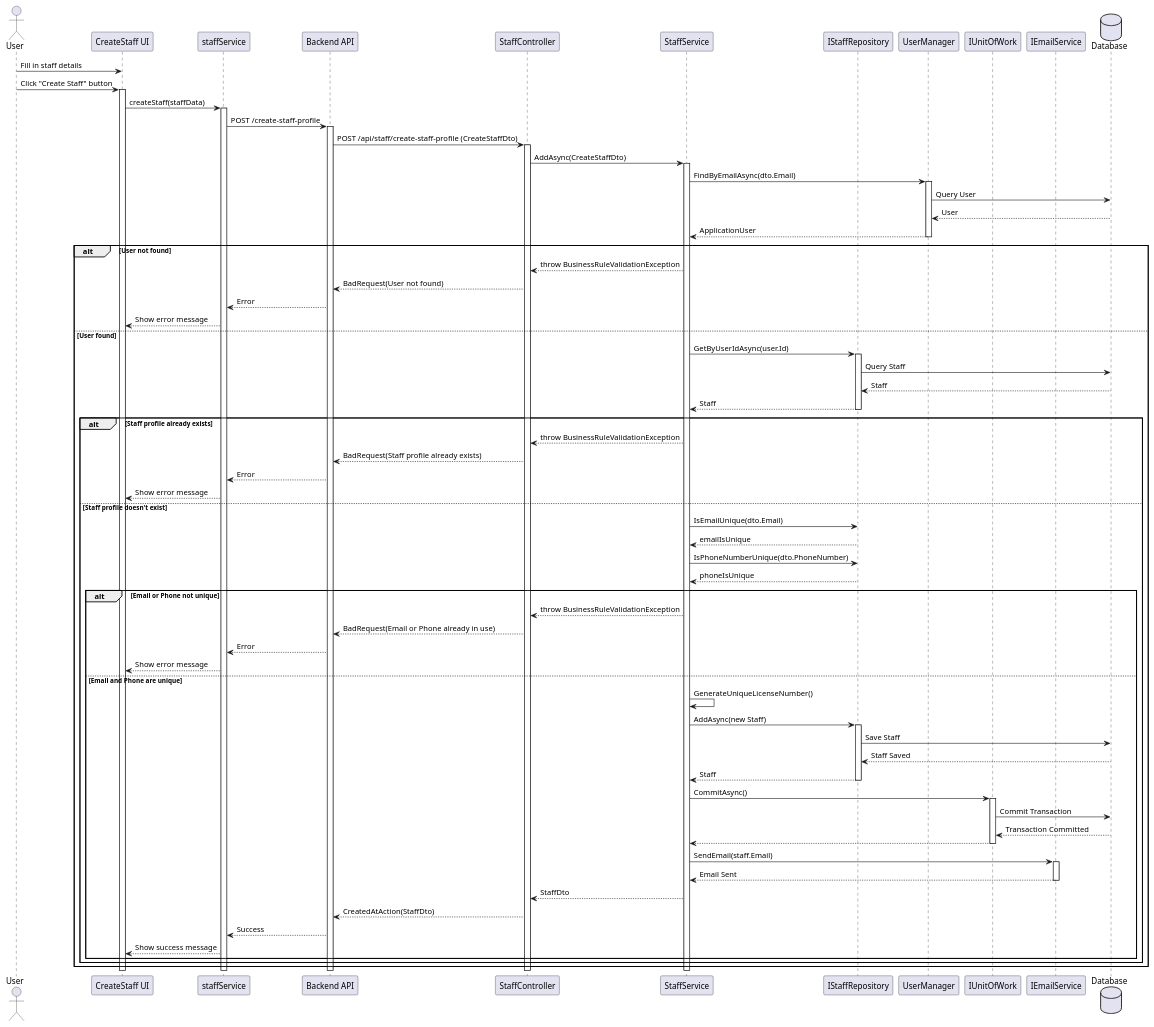
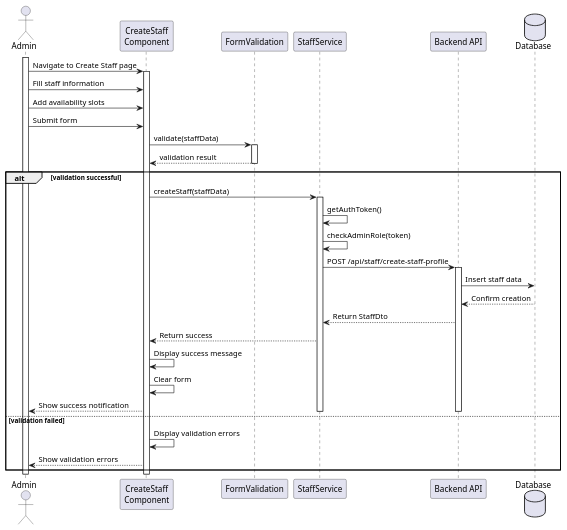
One commit to HugBar/3DC_G17 changed the diagram in docs/Sprint2/US 6.2.10/SD.puml. Above: the diagram before and after it, drawn with PlantUML. The commit also changed 12 other files, not shown here.

First line of the commit message:
Finalized documentation and tests for create and edit staff profiles

```diff
--- a/docs/Sprint2/US 6.2.10/SD.puml
+++ b/docs/Sprint2/US 6.2.10/SD.puml
@@ -1,100 +1,47 @@
-@startuml
-actor User
-participant "CreateStaff UI" as UI
-participant "staffService" as SS
+@startuml Create Staff UI Sequence Diagram
+
+actor Admin
+participant "CreateStaff\nComponent" as UI
+participant "FormValidation" as FV
+participant "StaffService" as SS
 participant "Backend API" as API
-participant "StaffController" as SC
-participant "StaffService" as SVC
-participant "IStaffRepository" as SR
-participant "UserManager" as UM
-participant "IUnitOfWork" as UOW
-participant "IEmailService" as ES
 database "Database" as DB
 
-User -> UI: Fill in staff details
-User -> UI: Click "Create Staff" button
+activate Admin
+Admin -> UI: Navigate to Create Staff page
 activate UI
 
-UI -> SS: createStaff(staffData)
-activate SS
+Admin -> UI: Fill staff information
+Admin -> UI: Add availability slots
+Admin -> UI: Submit form
 
-SS -> API: POST /create-staff-profile
-activate API
+UI -> FV: validate(staffData)
+activate FV
+FV --> UI: validation result
+deactivate FV
 
-API -> SC: POST /api/staff/create-staff-profile (CreateStaffDto)
-activate SC
-
-SC -> SVC: AddAsync(CreateStaffDto)
-activate SVC
-
-SVC -> UM: FindByEmailAsync(dto.Email)
-activate UM
-UM -> DB: Query User
-DB --> UM: User
-UM --> SVC: ApplicationUser
-deactivate UM
-
-alt User not found
-    SVC --> SC: throw BusinessRuleValidationException
-    SC --> API: BadRequest(User not found)
-    API --> SS: Error
-    SS --> UI: Show error message
-else User found
-    SVC -> SR: GetByUserIdAsync(user.Id)
-    activate SR
-    SR -> DB: Query Staff
-    DB --> SR: Staff
-    SR --> SVC: Staff
-    deactivate SR
-
-    alt Staff profile already exists
-        SVC --> SC: throw BusinessRuleValidationException
-        SC --> API: BadRequest(Staff profile already exists)
-        API --> SS: Error
-        SS --> UI: Show error message
-    else Staff profile doesn't exist
-        SVC -> SR: IsEmailUnique(dto.Email)
-        SR --> SVC: emailIsUnique
-        SVC -> SR: IsPhoneNumberUnique(dto.PhoneNumber)
-        SR --> SVC: phoneIsUnique
-
-        alt Email or Phone not unique
-            SVC --> SC: throw BusinessRuleValidationException
-            SC --> API: BadRequest(Email or Phone already in use)
-            API --> SS: Error
-            SS --> UI: Show error message
-        else Email and Phone are unique
-            SVC -> SVC: GenerateUniqueLicenseNumber()
-            SVC -> SR: AddAsync(new Staff)
-            activate SR
-            SR -> DB: Save Staff
-            DB --> SR: Staff Saved
-            SR --> SVC: Staff
-            deactivate SR
-
-            SVC -> UOW: CommitAsync()
-            activate UOW
-            UOW -> DB: Commit Transaction
-            DB --> UOW: Transaction Committed
-            UOW --> SVC: 
-            deactivate UOW
-
-            SVC -> ES: SendEmail(staff.Email)
-            activate ES
-            ES --> SVC: Email Sent
-            deactivate ES
-
-            SVC --> SC: StaffDto
-            SC --> API: CreatedAtAction(StaffDto)
-            API --> SS: Success
-            SS --> UI: Show success message
-        end
-    end
+alt validation successful
+    UI -> SS: createStaff(staffData)
+    activate SS
+    SS -> SS: getAuthToken()
+    SS -> SS: checkAdminRole(token)
+    SS -> API: POST /api/staff/create-staff-profile
+    activate API
+    API -> DB: Insert staff data
+    DB --> API: Confirm creation
+    API --> SS: Return StaffDto
+    SS --> UI: Return success
+    UI -> UI: Display success message
+    UI -> UI: Clear form
+    UI --> Admin: Show success notification
+    deactivate SS
+    deactivate API
+else validation failed
+    UI -> UI: Display validation errors
+    UI --> Admin: Show validation errors
 end
 
-deactivate SVC
-deactivate SC
-deactivate API
-deactivate SS
 deactivate UI
+deactivate Admin
+
 @enduml
```
